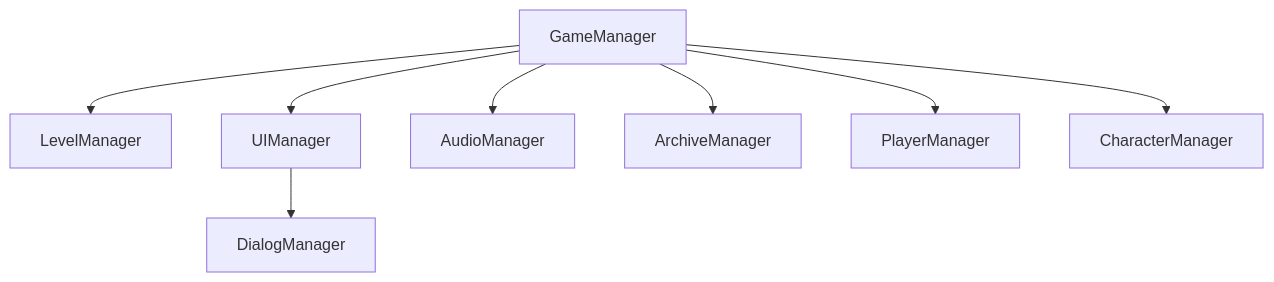
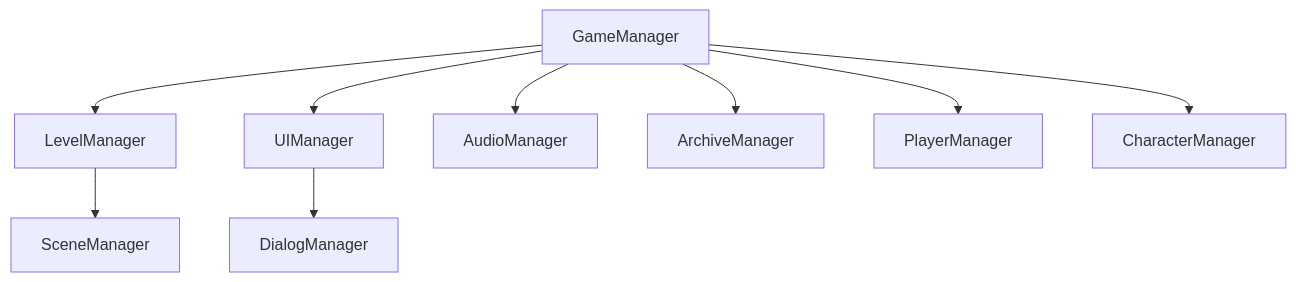
One commit to ReaNAiveD/Tiamat-and-the-list changed the second of 2 diagrams in Program Development Plan.md. Above: the diagram before and after it, drawn with Mermaid. The commit also changed other lines of this file, not shown here.

````diff
--- a/Program Development Plan.md
+++ b/Program Development Plan.md
@@ -26,10 +26,11 @@
 ```mermaid
 graph TD
 A[GameManager]-->B[LevelManager]
+B-->I[SceneManager]
 A-->C[UIManager]
 A-->D[AudioManager]
 A-->E[ArchiveManager]
 A-->F[PlayerManager]
 A-->G[CharacterManager]
 C-->H[DialogManager]
 ```
````
